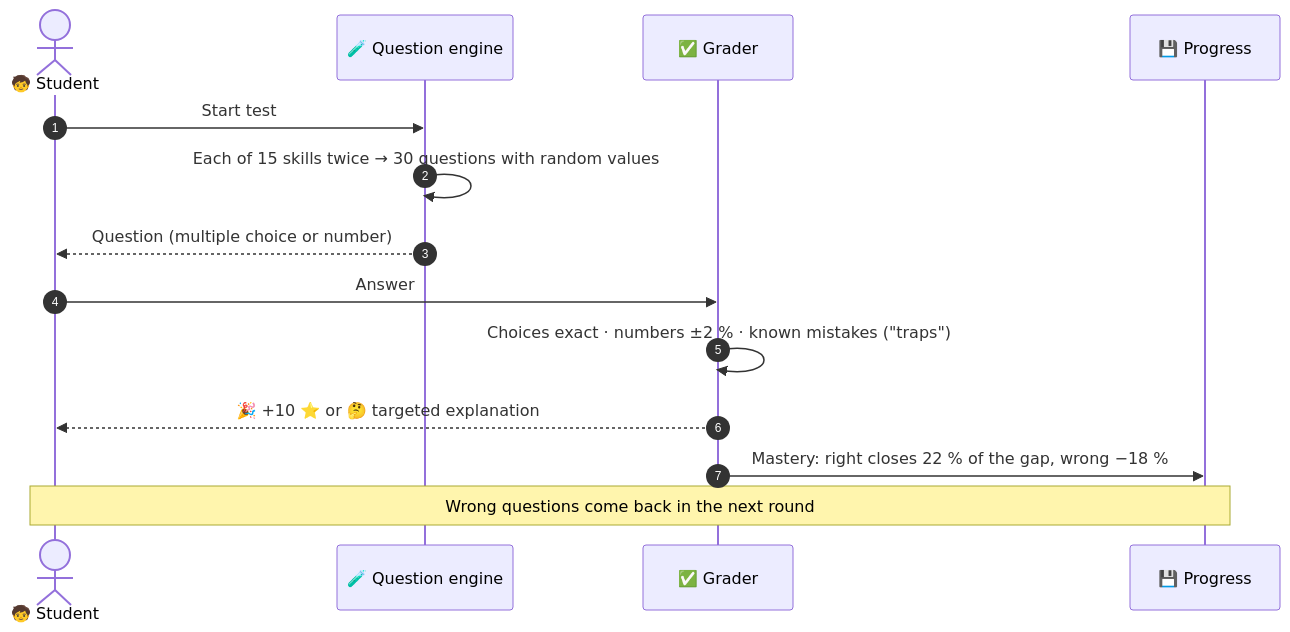
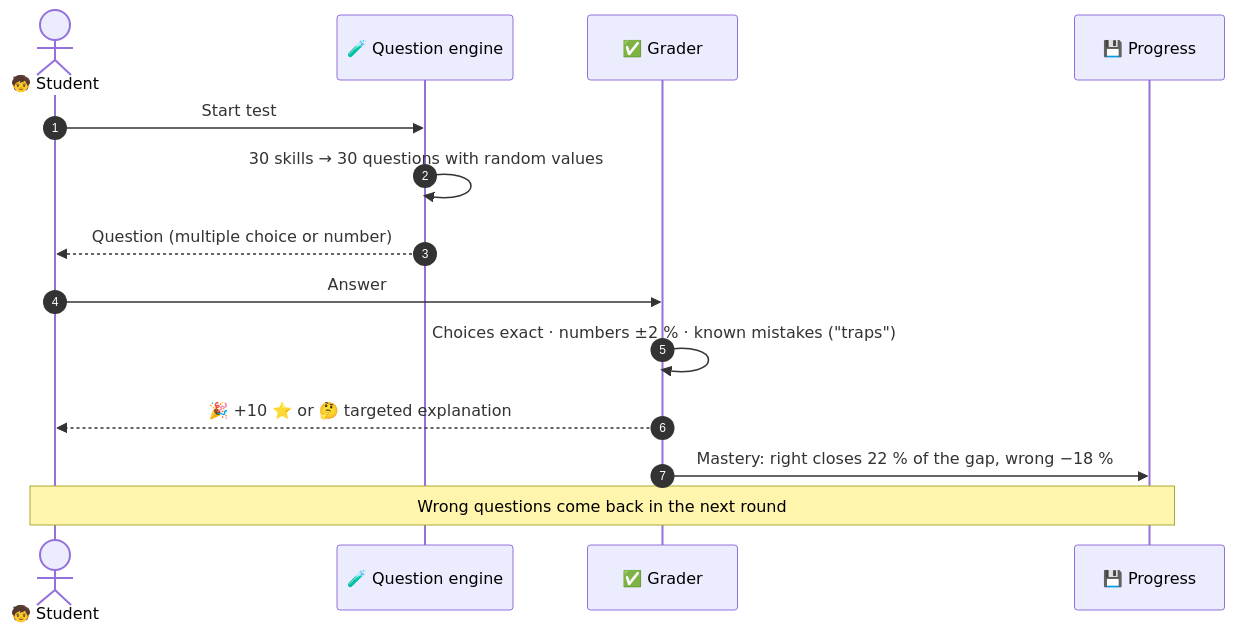
The second of 5 diagrams in docs/technical-flow.md (RezaurRahman47/SchoolHack), drawn with Mermaid before and after one commit. The commit also changed 23 other files, not shown here.

````diff
--- a/docs/technical-flow.md
+++ b/docs/technical-flow.md
@@ -75,17 +75,17 @@
 ```mermaid
 sequenceDiagram
     autonumber
     actor S as 🧒 Student
     participant E as 🧪 Question engine
     participant G as ✅ Grader
     participant P as 💾 Progress
 
     S->>E: Start test
-    E->>E: Each of 15 skills twice → 30 questions with random values
+    E->>E: 30 skills → 30 questions with random values
     E-->>S: Question (multiple choice or number)
     S->>G: Answer
     G->>G: Choices exact · numbers ±2 % · known mistakes ("traps")
     G-->>S: 🎉 +10 ⭐ or 🤔 targeted explanation
     G->>P: Mastery: right closes 22 % of the gap, wrong −18 %
     Note over S,P: Wrong questions come back in the next round
 ```
````
